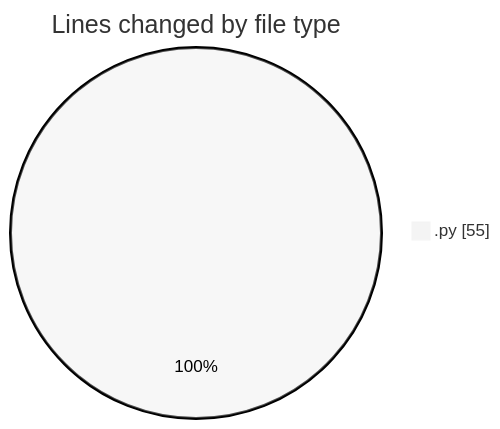
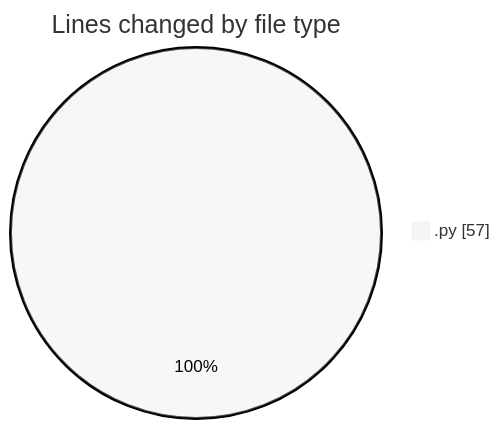
Before and after one commit to MatusMokan/code-tracking: the first of 2 diagrams in 2025-02-27/myws__workspace_/README.md, drawn with Mermaid (neutral theme). The commit also changed other lines of this file and 1 other file, not shown here.

````diff
--- a/2025-02-27/myws__workspace_/README.md
+++ b/2025-02-27/myws__workspace_/README.md
@@ -20,5 +20,5 @@
 ```mermaid
 pie showData
 title Lines changed by file type
-".py" : 55
+".py" : 57
 ```
````
